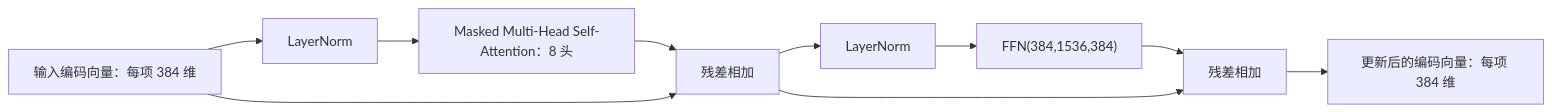
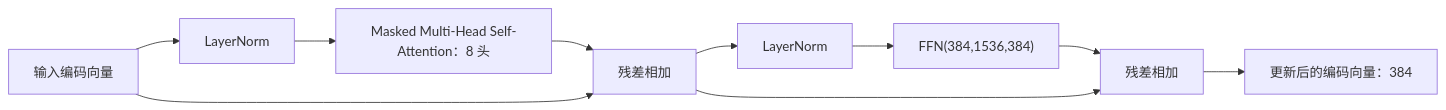
Before and after one commit to GroundbreakerLhy/Alpha-Roco: the fourth of 6 diagrams in MODEL_DESIGN.md, drawn with Mermaid. The commit also changed other lines of this file and 9 other files, not shown here.

````diff
--- a/MODEL_DESIGN.md
+++ b/MODEL_DESIGN.md
@@ -116,12 +125,12 @@
 ```mermaid
 flowchart LR
-    X["输入编码向量：每项 384 维"] --> N1["LayerNorm"]
+    X["输入编码向量"] --> N1["LayerNorm"]
     N1 --> A["Masked Multi-Head Self-Attention：8 头"]
     A --> R1["残差相加"]
     X --> R1
     R1 --> N2["LayerNorm"]
     N2 --> F["FFN(384,1536,384)"]
     F --> R2["残差相加"]
     R1 --> R2
-    R2 --> Y["更新后的编码向量：每项 384 维"]
+    R2 --> Y["更新后的编码向量：384"]
 ```
````
